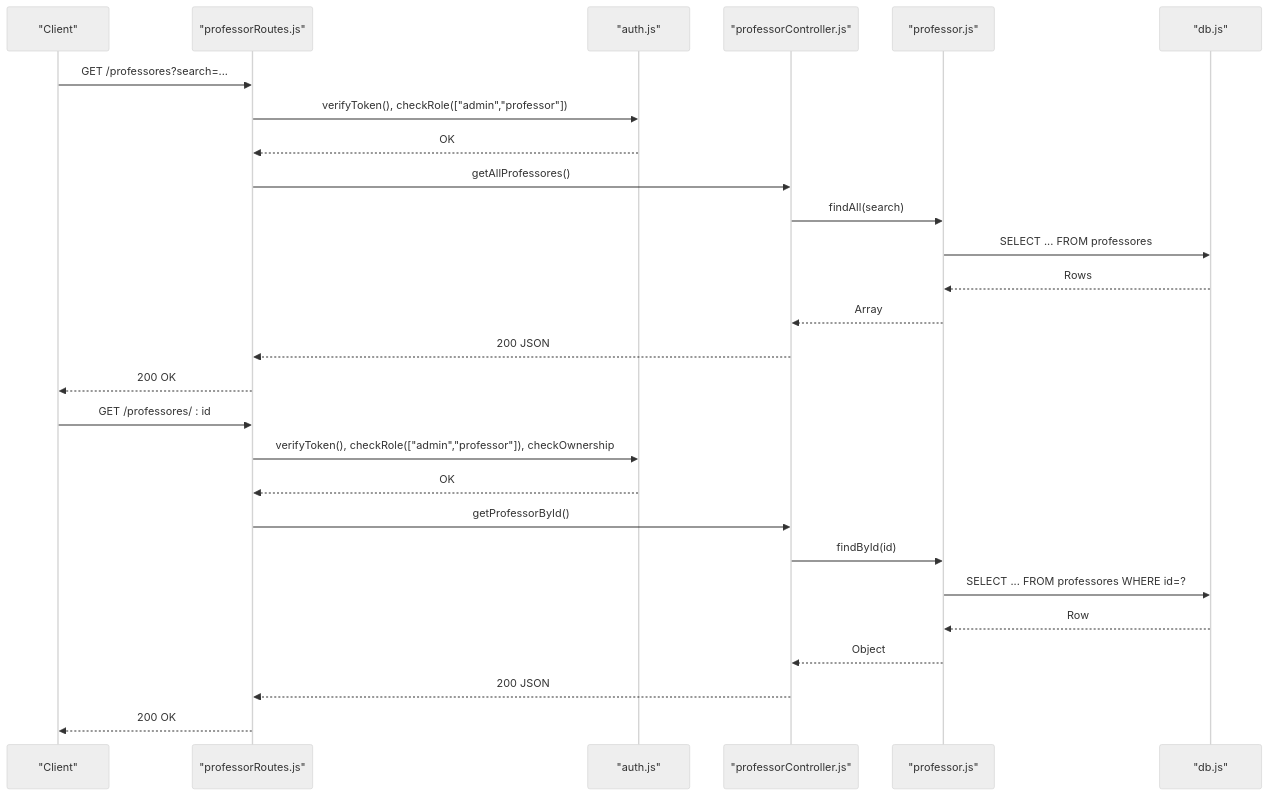
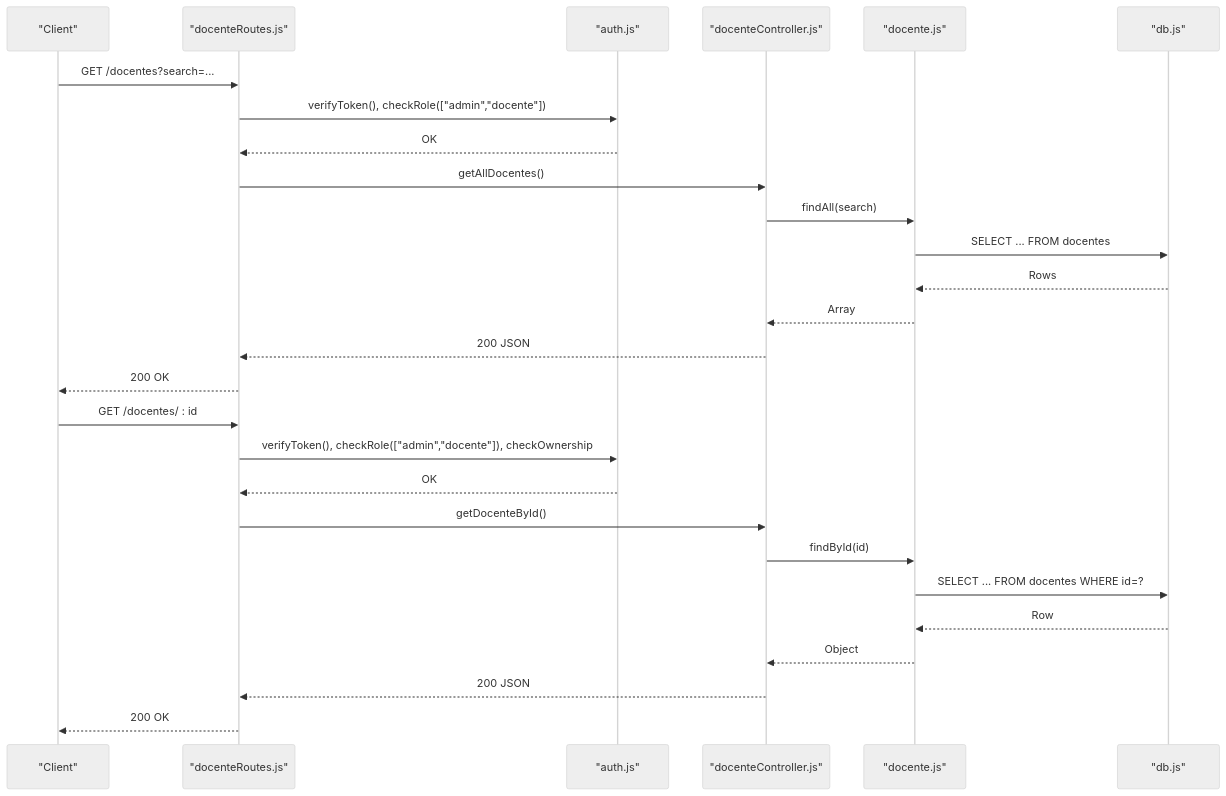
The third of 7 diagrams in .qoder/repowiki/en/content/API Reference/Institutional Management APIs.md (luiseduacosta/nodemural), drawn with Mermaid (neutral theme) before and after one commit. The commit also changed other lines of this file and 27 other files, not shown here.

````diff
--- a/.qoder/repowiki/en/content/API Reference/Institutional Management APIs.md
+++ b/.qoder/repowiki/en/content/API Reference/Institutional Management APIs.md
@@ -179,29 +179,29 @@
 ```mermaid
 sequenceDiagram
 participant Client as "Client"
-participant Router as "professorRoutes.js"
+participant Router as "docenteRoutes.js"
 participant Auth as "auth.js"
-participant Ctrl as "professorController.js"
-participant Model as "professor.js"
+participant Ctrl as "docenteController.js"
+participant Model as "docente.js"
 participant DB as "db.js"
-Client->>Router : GET /professores?search=...
-Router->>Auth : verifyToken(), checkRole(["admin","professor"])
+Client->>Router : GET /docentes?search=...
+Router->>Auth : verifyToken(), checkRole(["admin","docente"])
 Auth-->>Router : OK
-Router->>Ctrl : getAllProfessores()
+Router->>Ctrl : getAllDocentes()
 Ctrl->>Model : findAll(search)
-Model->>DB : SELECT ... FROM professores
+Model->>DB : SELECT ... FROM docentes
 DB-->>Model : Rows
 Model-->>Ctrl : Array
 Ctrl-->>Router : 200 JSON
 Router-->>Client : 200 OK
-Client->>Router : GET /professores/ : id
-Router->>Auth : verifyToken(), checkRole(["admin","professor"]), checkOwnership
+Client->>Router : GET /docentes/ : id
+Router->>Auth : verifyToken(), checkRole(["admin","docente"]), checkOwnership
 Auth-->>Router : OK
-Router->>Ctrl : getProfessorById()
+Router->>Ctrl : getDocenteById()
 Ctrl->>Model : findById(id)
-Model->>DB : SELECT ... FROM professores WHERE id=?
+Model->>DB : SELECT ... FROM docentes WHERE id=?
 DB-->>Model : Row
 Model-->>Ctrl : Object
 Ctrl-->>Router : 200 JSON
 Router-->>Client : 200 OK
 ```
````
